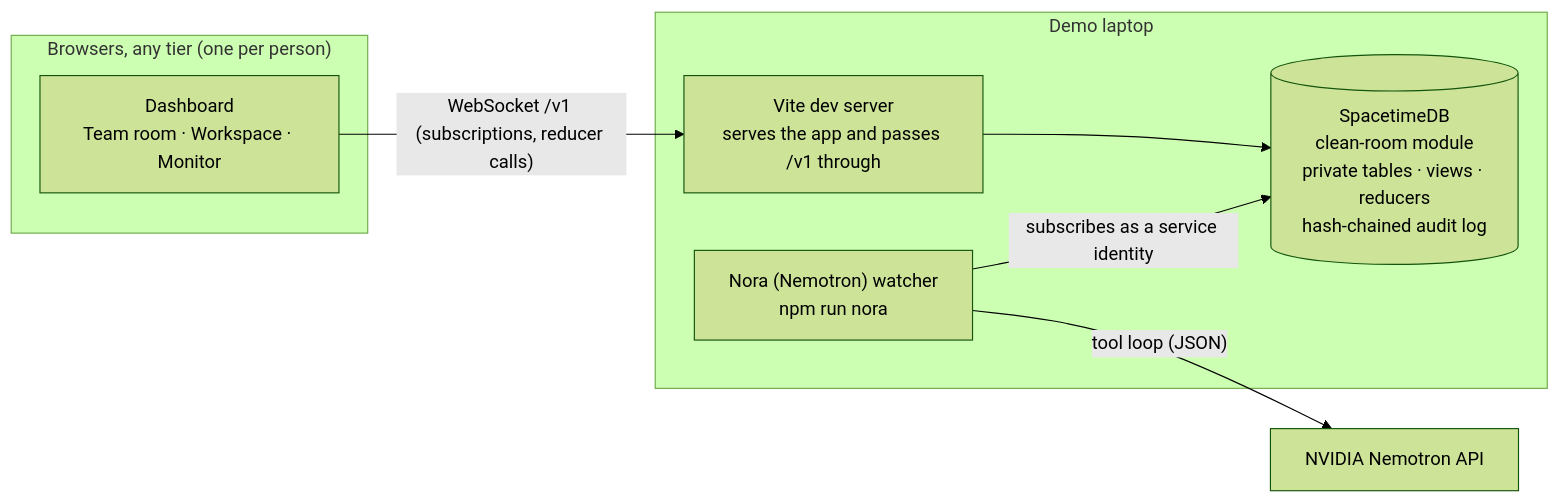
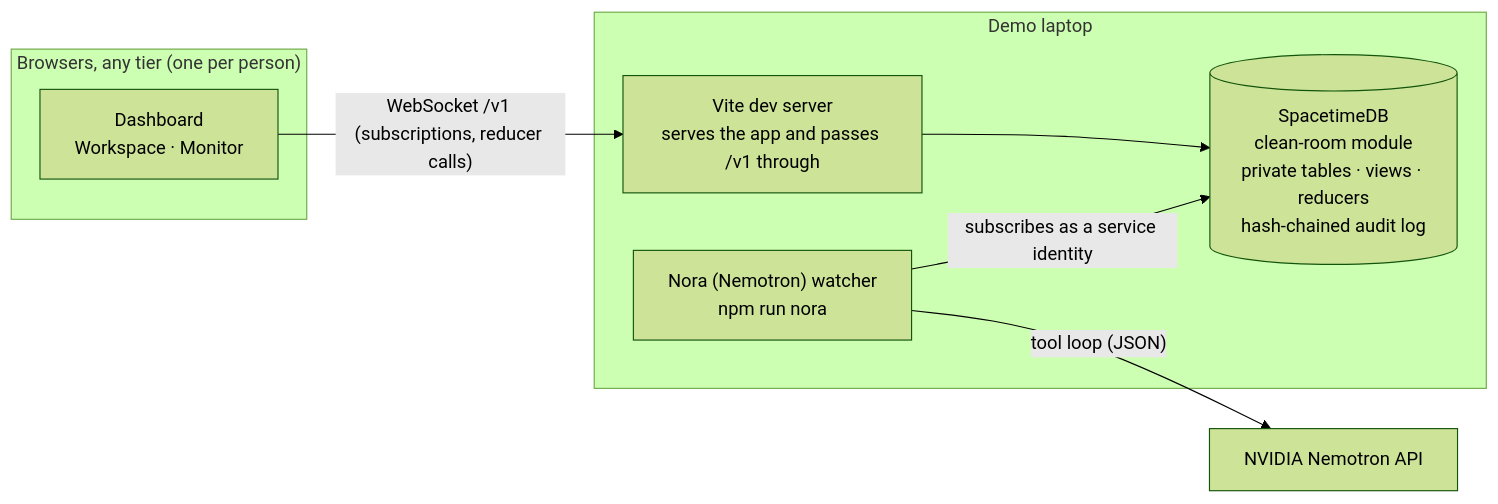
One commit to campeete/utdhack26 changed the diagram in README.md. Above: the diagram before and after it, drawn with Mermaid (forest theme). The commit also changed other lines of this file and 15 other files, not shown here.

First line of the commit message:
Remove the Team room: each issue gets its own discussion in the Workspace

````diff
--- a/README.md
+++ b/README.md
@@ -61,15 +61,15 @@
 ```mermaid
 flowchart LR
   subgraph Browsers["Browsers, any tier (one per person)"]
-    UI["Dashboard<br/>Team room · Workspace · Monitor"]
+    UI["Dashboard<br/>Workspace · Monitor"]
   end
   subgraph Laptop["Demo laptop"]
     Vite["Vite dev server<br/>serves the app and passes /v1 through"]
     STDB[("SpacetimeDB<br/>clean-room module<br/>private tables · views · reducers<br/>hash-chained audit log")]
     Nora["Nora (Nemotron) watcher<br/>npm run nora"]
   end
   NV["NVIDIA Nemotron API"]
   UI -- "WebSocket /v1 (subscriptions, reducer calls)" --> Vite --> STDB
   Nora -- "subscribes as a service identity" --> STDB
   Nora -- "tool loop (JSON)" --> NV
 ```
````
